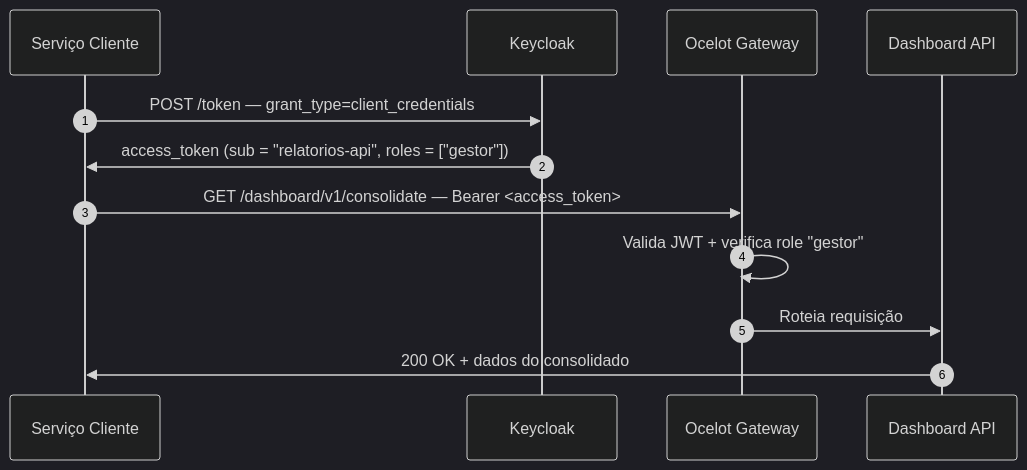
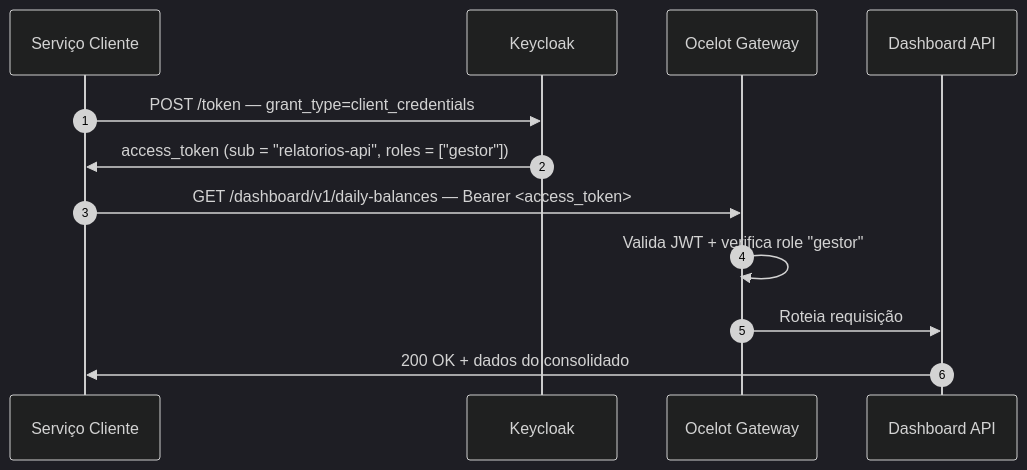
Before and after one commit to filipececcon/arch-challenge: the third of 4 diagrams in docs/security/service-to-service.md, drawn with Mermaid (dark theme). The commit also changed other lines of this file and 41 other files, not shown here.

````diff
--- a/docs/security/service-to-service.md
+++ b/docs/security/service-to-service.md
@@ -132,15 +139,15 @@
 ```mermaid
 sequenceDiagram
     autonumber
     participant S as Serviço Cliente
     participant K as Keycloak
     participant G as Ocelot Gateway
     participant D as Dashboard API
 
     S->>K: POST /token — grant_type=client_credentials
     K->>S: access_token (sub = "relatorios-api", roles = ["gestor"])
-    S->>G: GET /dashboard/v1/consolidate — Bearer <access_token>
+    S->>G: GET /dashboard/v1/daily-balances — Bearer <access_token>
     G->>G: Valida JWT + verifica role "gestor"
     G->>D: Roteia requisição
     D->>S: 200 OK + dados do consolidado
 ```
````
